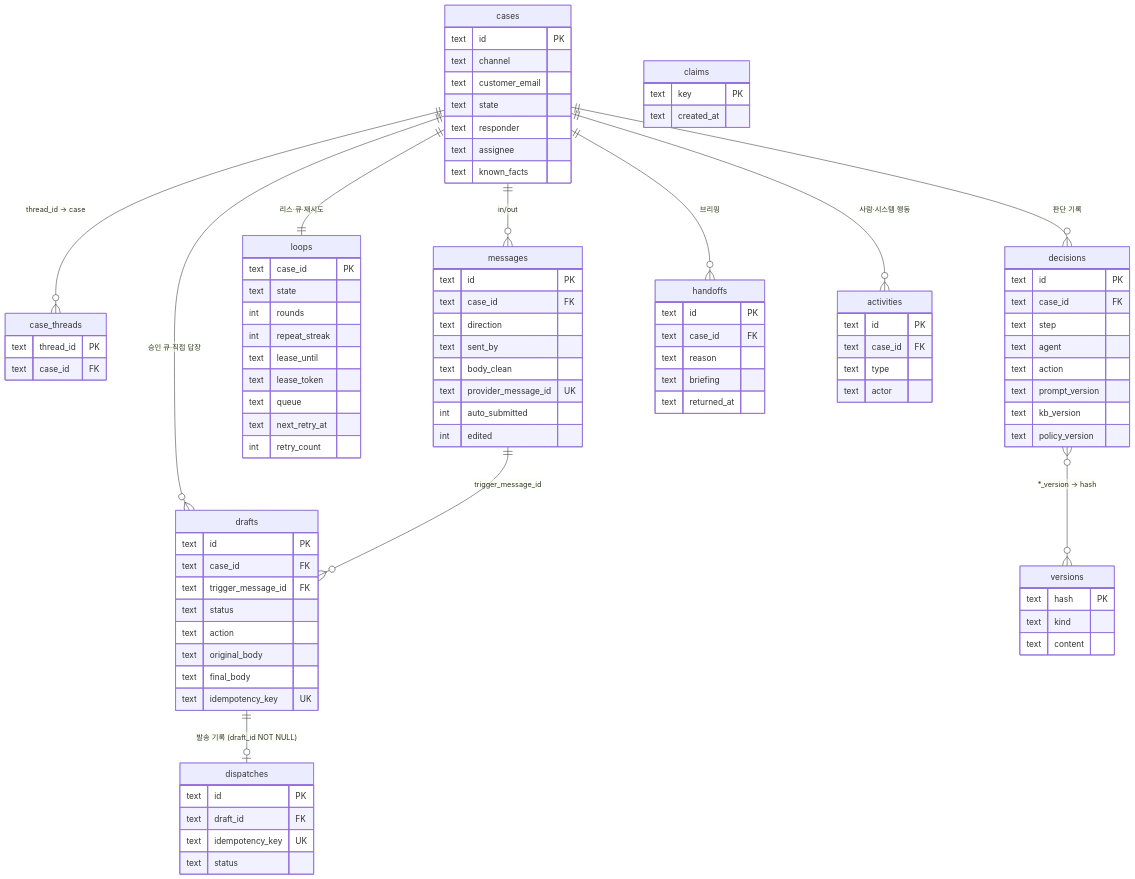
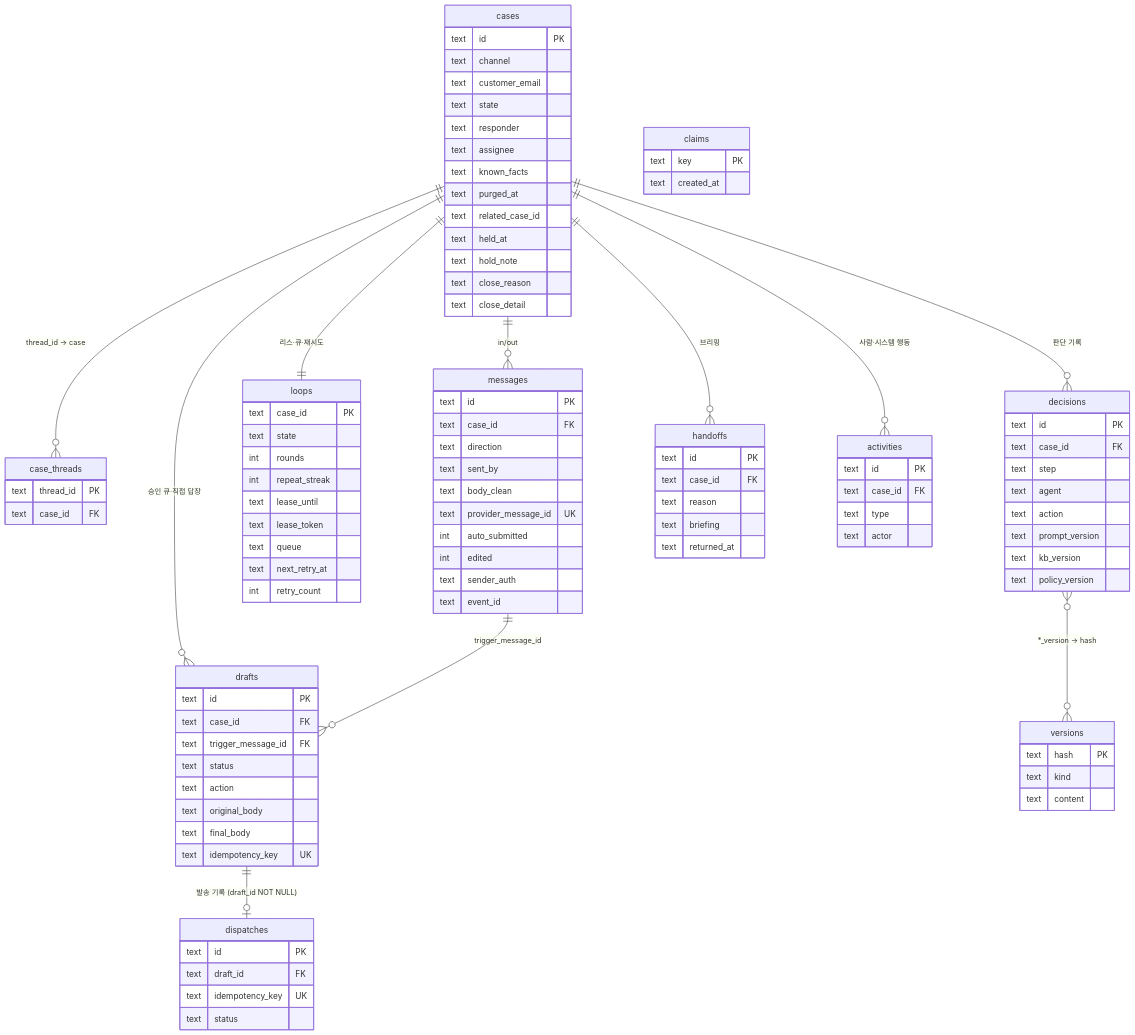
One commit to CSID-DGU/2026-2-CECD1-1-CSE-03 changed the diagram in docs/db.md. Above: the diagram before and after it, drawn with Mermaid. The commit also changed other lines of this file and 29 other files, not shown here.

```diff
--- a/docs/db.md
+++ b/docs/db.md
@@ -56,6 +153,12 @@
     text responder
     text assignee
     text known_facts
+    text purged_at
+    text related_case_id
+    text held_at
+    text hold_note
+    text close_reason
+    text close_detail
   }
   case_threads {
     text thread_id PK
@@ -70,6 +173,8 @@
     text provider_message_id UK
     int auto_submitted
     int edited
+    text sender_auth
+    text event_id
   }
   claims {
     text key PK
```
